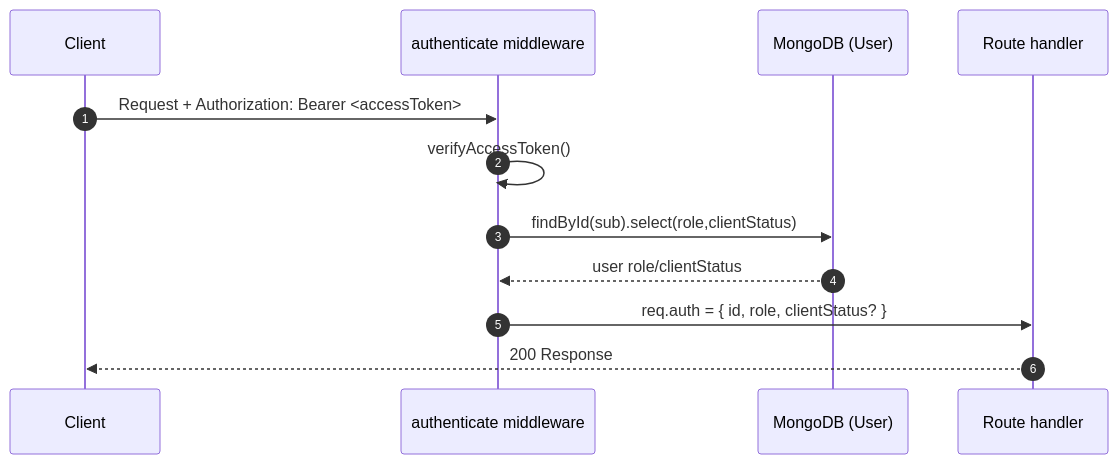
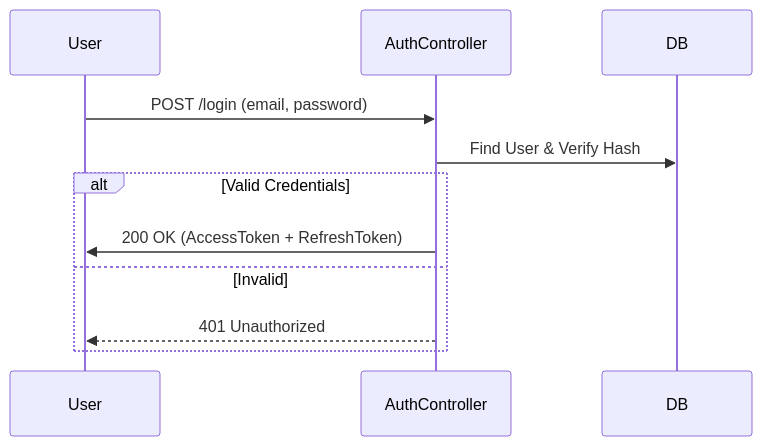
One commit to Somilg11/movie-booking changed the diagram in docs/auth.docs.md. Above: the diagram before and after it, drawn with Mermaid. The commit also changed other lines of this file and 36 other files, not shown here.

````diff
--- a/docs/auth.docs.md
+++ b/docs/auth.docs.md
@@ -205,15 +8,14 @@
 ```mermaid
 sequenceDiagram
-  autonumber
-  participant C as Client
-  participant M as authenticate middleware
-  participant U as MongoDB (User)
-  participant R as Route handler
-
-  C->>M: Request + Authorization: Bearer <accessToken>
-  M->>M: verifyAccessToken()
-  M->>U: findById(sub).select(role,clientStatus)
-  U-->>M: user role/clientStatus
-  M->>R: req.auth = { id, role, clientStatus? }
-  R-->>C: 200 Response
+    participant User
+    participant AuthController
+    participant DB
+    
+    User->>AuthController: POST /login (email, password)
+    AuthController->>DB: Find User & Verify Hash
+    alt Valid Credentials
+        AuthController->>User: 200 OK (AccessToken + RefreshToken)
+    else Invalid
+        AuthController-->>User: 401 Unauthorized
+    end
 ```
````
